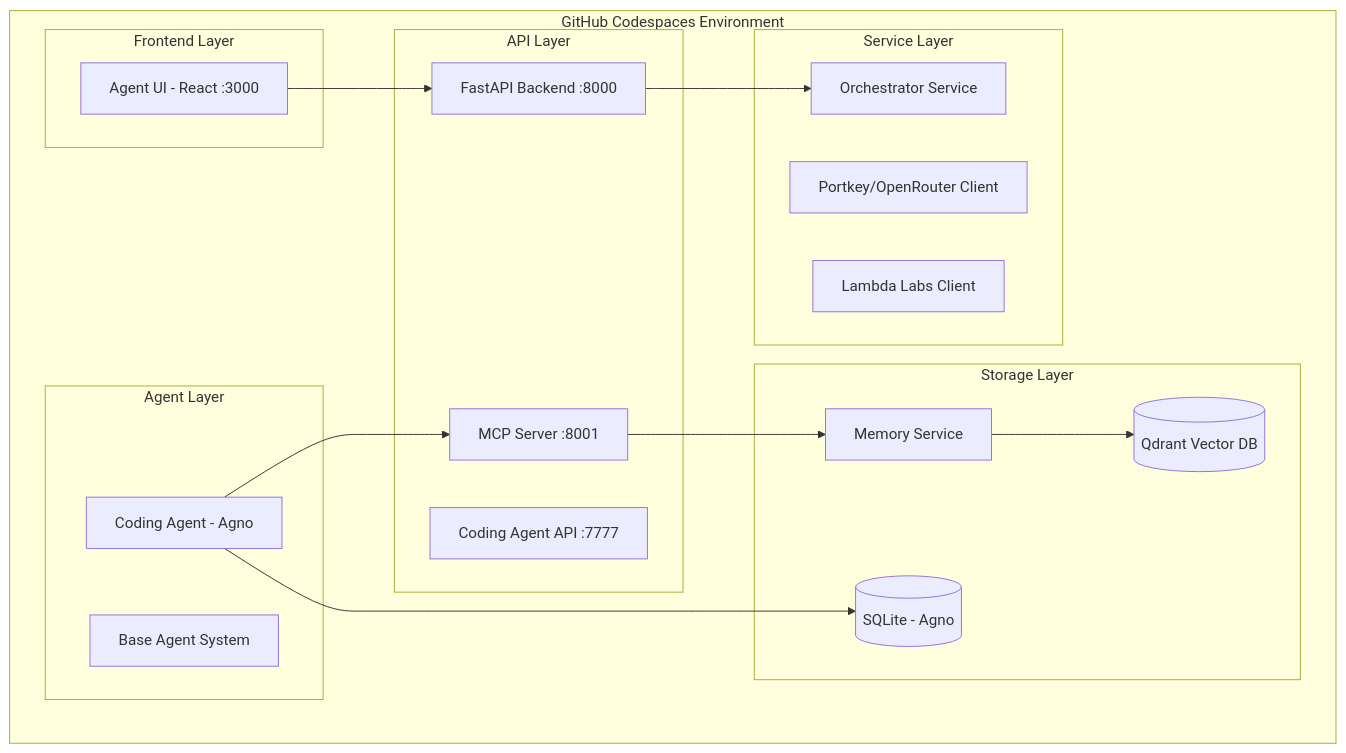
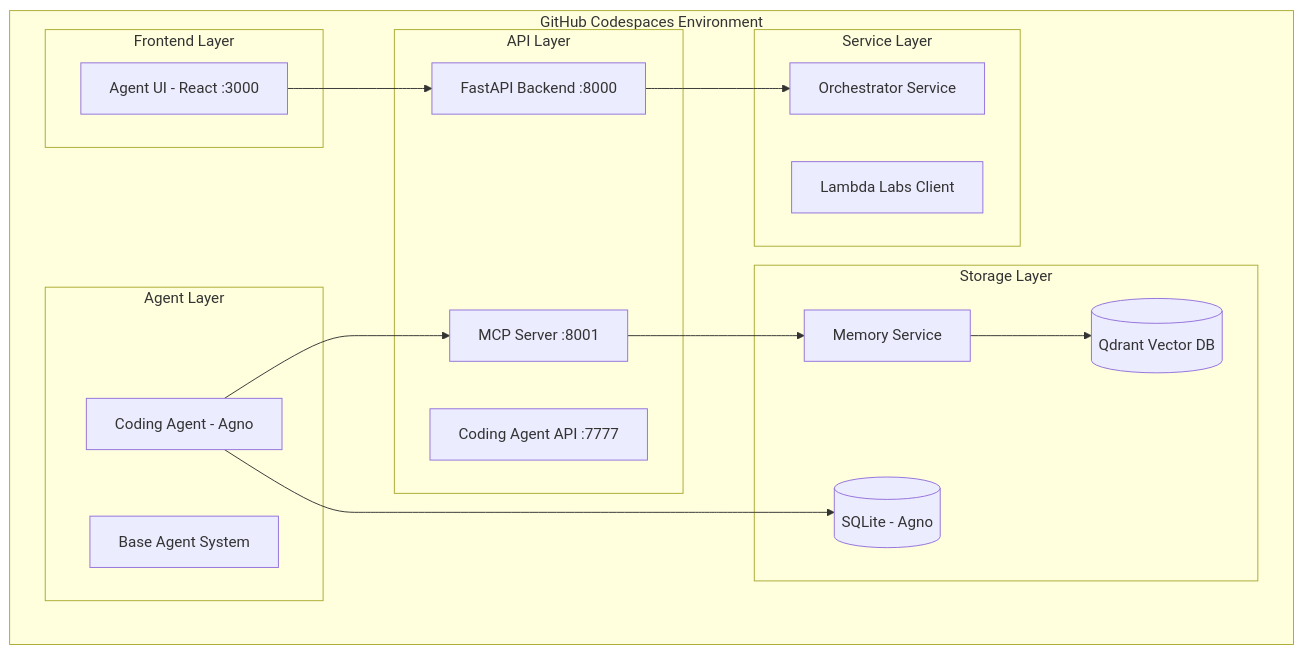
The diagram in README.md (ai-cherry/sophia-intel-ai), drawn with Mermaid before and after one commit. The commit also changed other lines of this file and 16 other files, not shown here.

First line of the commit message:
feat: remove Portkey and optimize OpenRouter integration

````diff
--- a/README.md
+++ b/README.md
@@ -7,38 +5,37 @@
 ```mermaid
 graph TB
     subgraph "GitHub Codespaces Environment"
         subgraph "Frontend Layer"
             UI[Agent UI - React :3000]
         end
         
         subgraph "API Layer"
             API[FastAPI Backend :8000]
             MCP[MCP Server :8001]
             AGENT[Coding Agent API :7777]
         end
         
         subgraph "Service Layer"
             ORCH[Orchestrator Service]
-            PORTKEY[Portkey/OpenRouter Client]
             LAMBDA[Lambda Labs Client]
         end
         
         subgraph "Agent Layer"
             CODING[Coding Agent - Agno]
             BASE[Base Agent System]
         end
         
         subgraph "Storage Layer"
             MEM[Memory Service]
             QDRANT[(Qdrant Vector DB)]
             SQLITE[(SQLite - Agno)]
         end
     end
     
     UI --> API
     API --> ORCH
     MCP --> MEM
     CODING --> MCP
     CODING --> SQLITE
     MEM --> QDRANT
 ```
````
